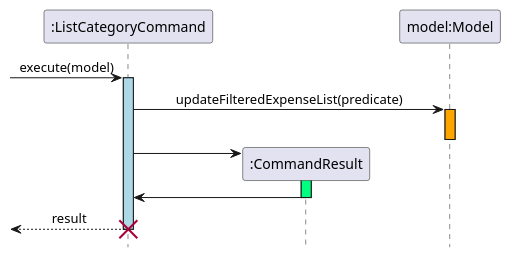
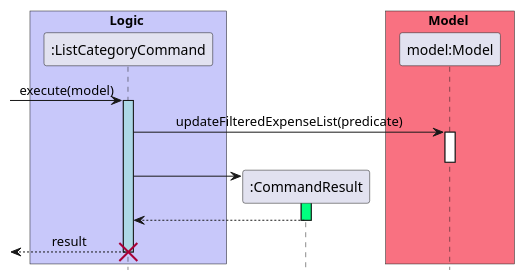
One commit to nus-cs2103-AY2223S2/tp changed the diagram in uml/sequence_diagrams/list_category_command.puml. Above: the diagram before and after it, drawn with PlantUML. The commit also changed 23 other files, not shown here.

Commit message:
Fix sequence diagram inconsistencies

```diff
--- a/uml/sequence_diagrams/list_category_command.puml
+++ b/uml/sequence_diagrams/list_category_command.puml
@@ -1,35 +1,43 @@
-@startuml  list_category_command
+@startuml  ListCategorySequenceDiagram 
 
 hide footbox
 skinparam MinClassWidth 50
 skinparam ParticipantPadding 10
 skinparam Shadowing false
 skinparam DefaultTextAlignment center
 skinparam packageStyle Rectangle
 
+
+
+box Logic #C8C8FA
 participant ":ListCategoryCommand" as ListCategoryCommand  order 1
+end box
+
+box Model #F97181
 participant "model:Model" as Model order 3
+end box
 participant ":CommandResult" as CommandResult order 2
+
 [-> ListCategoryCommand : execute(model)
 activate ListCategoryCommand #LightBlue
 ListCategoryCommand -> Model : updateFilteredExpenseList(predicate) 
-activate Model #Orange
+activate Model
 deactivate Model
 create CommandResult
 ListCategoryCommand -> CommandResult 
 
 activate CommandResult #SpringGreen
-CommandResult -> ListCategoryCommand
+CommandResult --> ListCategoryCommand
 deactivate CommandResult
 [<--ListCategoryCommand : result
 deactivate ListCategoryCommand
 destroy ListCategoryCommand
 hide footbox
 skinparam MinClassWidth 50
 skinparam ParticipantPadding 10
 skinparam Shadowing false
 skinparam DefaultTextAlignment center
 skinparam packageStyle Rectangle
 
 
 @enduml
```
